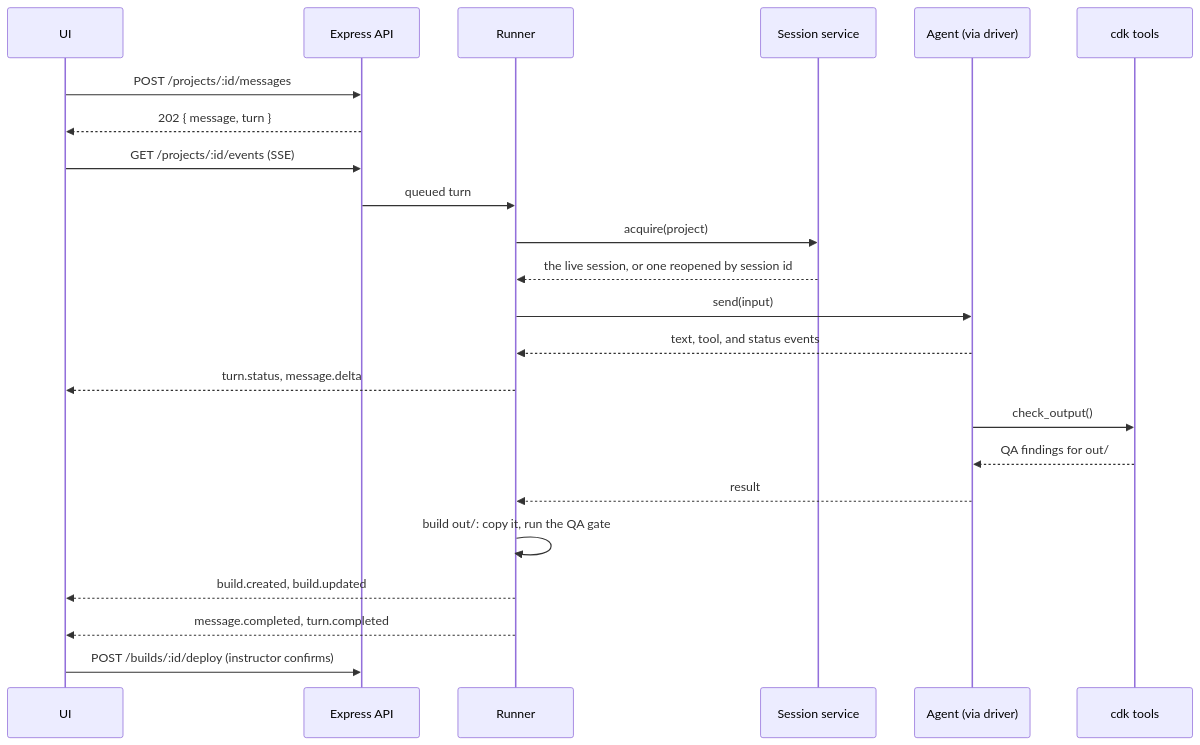
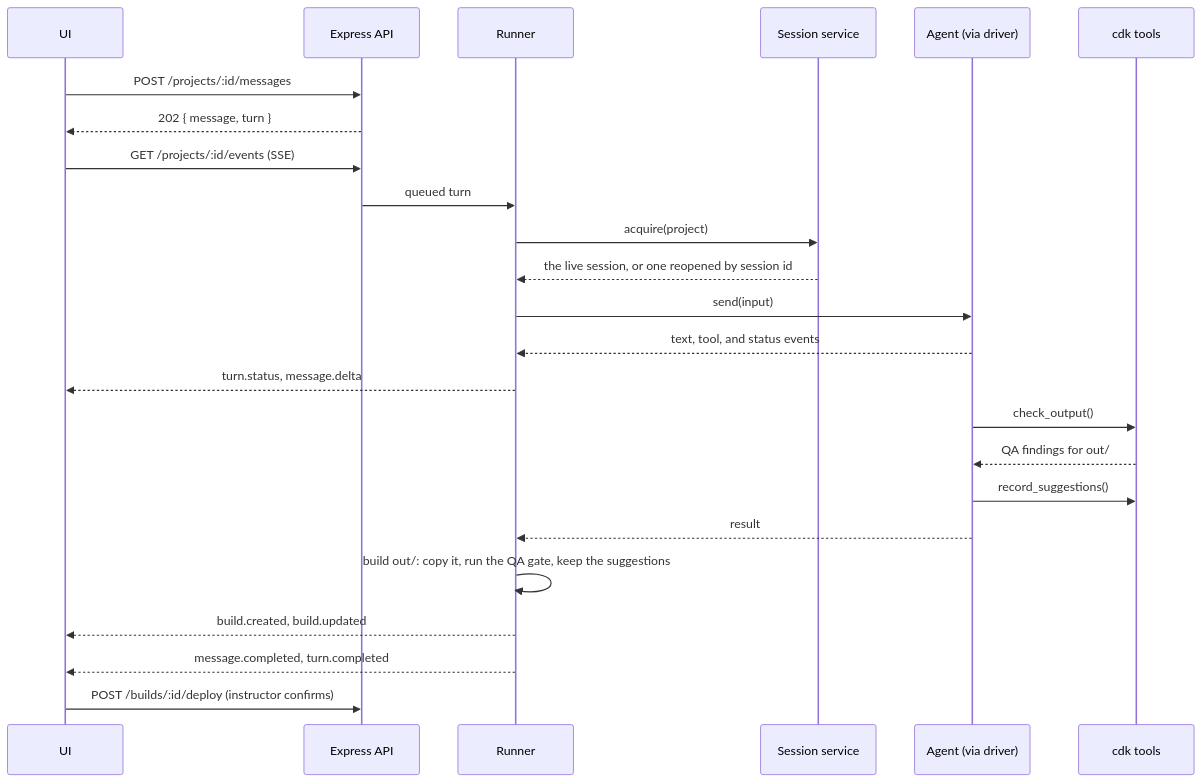
Before and after one commit to Wolftank/D2L-Brightspace-Content-Development-Kit: the diagram in docs/architecture.md, drawn with Mermaid. The commit also changed other lines of this file and 12 other files, not shown here.

````diff
--- a/docs/architecture.md
+++ b/docs/architecture.md
@@ -200,25 +200,26 @@
 ```mermaid
 sequenceDiagram
   participant UI
   participant API as Express API
   participant Runner
   participant Sessions as Session service
   participant Agent as Agent (via driver)
   participant Tools as cdk tools
   UI->>API: POST /projects/:id/messages
   API-->>UI: 202 { message, turn }
   UI->>API: GET /projects/:id/events (SSE)
   API->>Runner: queued turn
   Runner->>Sessions: acquire(project)
   Sessions-->>Runner: the live session, or one reopened by session id
   Runner->>Agent: send(input)
   Agent-->>Runner: text, tool, and status events
   Runner-->>UI: turn.status, message.delta
   Agent->>Tools: check_output()
   Tools-->>Agent: QA findings for out/
+  Agent->>Tools: record_suggestions()
   Agent-->>Runner: result
-  Runner->>Runner: build out/: copy it, run the QA gate
+  Runner->>Runner: build out/: copy it, run the QA gate, keep the suggestions
   Runner-->>UI: build.created, build.updated
   Runner-->>UI: message.completed, turn.completed
   UI->>API: POST /builds/:id/deploy (instructor confirms)
 ```
````
